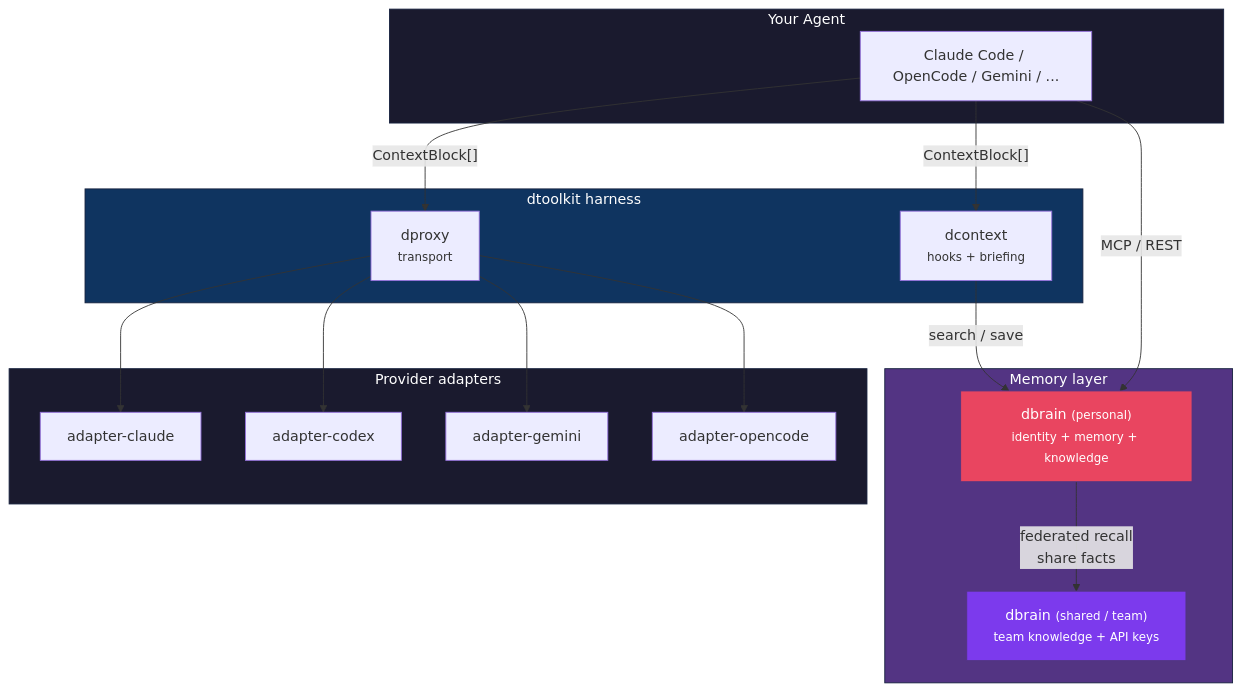
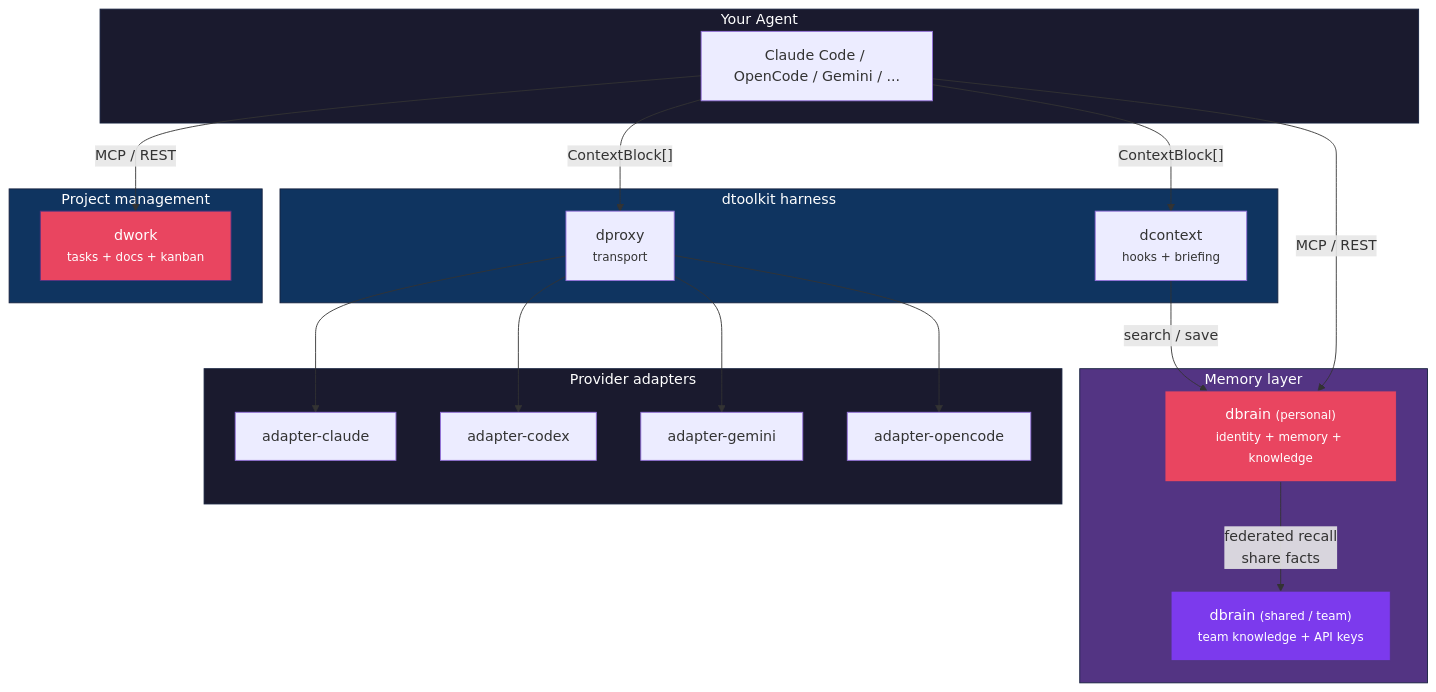
The diagram in README.md (ivncmp/dtoolkit), drawn with Mermaid before and after one commit. The commit also changed other lines of this file, not shown here.

Commit message:
docs: add dwork to root README — package table, architecture diagram, examples

````diff
--- a/README.md
+++ b/README.md
@@ -71,39 +77,46 @@
 ```mermaid
 graph TB
     subgraph Agent["Your Agent"]
         CC["Claude Code / OpenCode / Gemini / ..."]
     end
 
     CC -- "ContextBlock[]" --> dcontext
     CC -- "ContextBlock[]" --> dproxy
     CC -- "MCP / REST" --> personal
+    CC -- "MCP / REST" --> dwork
 
     subgraph Harness["dtoolkit harness"]
         dcontext["dcontext<br/><small>hooks + briefing</small>"]
         dproxy["dproxy<br/><small>transport</small>"]
     end
 
     subgraph Memory["Memory layer"]
         personal["dbrain <small>(personal)</small><br/><small>identity + memory + knowledge</small>"]
         shared["dbrain <small>(shared / team)</small><br/><small>team knowledge + API keys</small>"]
+    end
+
+    subgraph Projects["Project management"]
+        dwork["dwork<br/><small>tasks + docs + kanban</small>"]
     end
 
     dcontext -- "search / save" --> personal
     personal -- "federated recall<br/>share facts" --> shared
 
     subgraph Adapters["Provider adapters"]
         ac["adapter-claude"]
         ax["adapter-codex"]
         ag["adapter-gemini"]
         ao["adapter-opencode"]
     end
 
     dproxy --> ac & ax & ag & ao
 
     style Agent fill:#1a1a2e,color:#fff,stroke:#16213e
     style Harness fill:#0f3460,color:#fff,stroke:#16213e
     style Memory fill:#533483,color:#fff,stroke:#16213e
+    style Projects fill:#0f3460,color:#fff,stroke:#16213e
     style Adapters fill:#1a1a2e,color:#fff,stroke:#16213e
     style personal fill:#e94560,color:#fff,stroke:#533483
     style shared fill:#7c3aed,color:#fff,stroke:#533483
+    style dwork fill:#e94560,color:#fff,stroke:#533483
 ```
````
